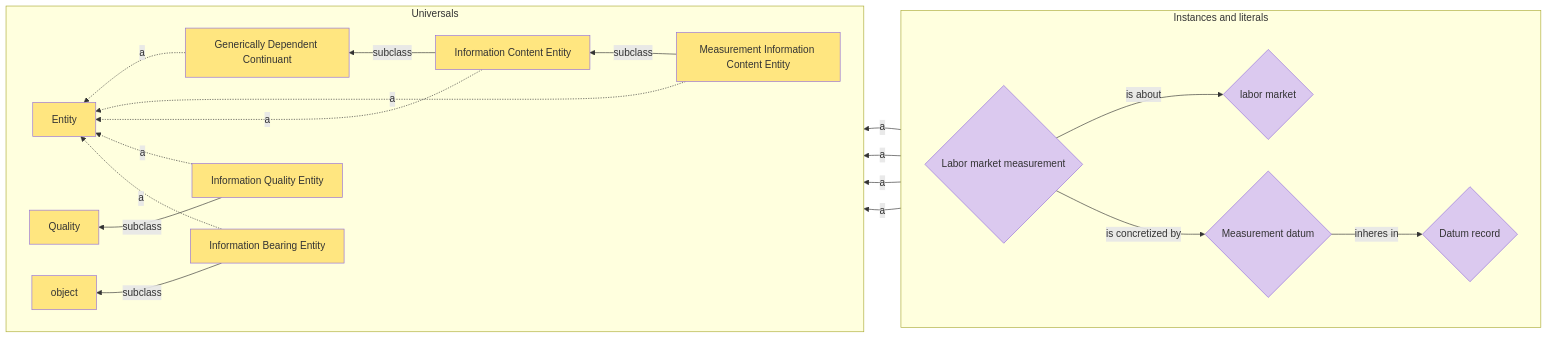
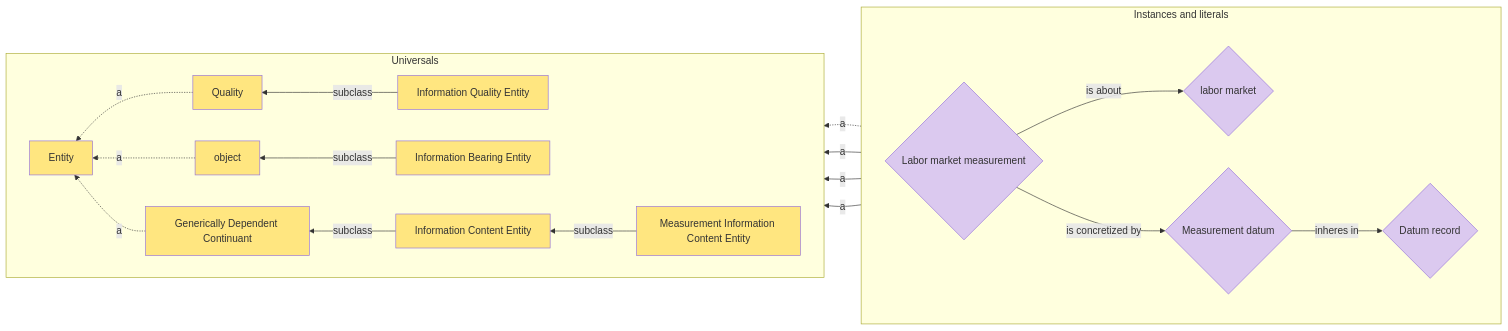
Before and after one commit to spdrnl/BFO-Mermaid: the diagram in labor market measurement.mmd, drawn with Mermaid. The commit also changed other lines of this file, not shown here.

Commit message:
Update labor market measurement.mmd
Correct some inconsistencies.

```diff
--- a/labor market measurement.mmd
+++ b/labor market measurement.mmd
@@ -1,55 +1,53 @@
 graph RL
 
 %% Definitions
 classDef universal fill:#ffe680
 classDef instance fill:#dbc9ef
 classDef literal fill:#ffffff
 
 %% Universals
 ENTITY[Entity]:::universal
 GDC[Generically Dependent Continuant]:::universal
 ICE[Information Content Entity]:::universal
 MICE[Measurement Information Content Entity]:::universal
 Q[Quality]:::universal
 IQE[Information Quality Entity]:::universal
 Object[object]:::universal
 IBE[Information Bearing Entity]:::universal
 
 %% Instances
 lm{labor market}:::instance
 ice1{Labor market measurement}:::instance
 iqe1{Measurement datum}:::instance
 ibe1{Datum record}:::instance
 
 %% Literals
 
 %% Relationships
 
 subgraph Universals
 direction RL
 	%% rdf:subclass
+	Q .-> |a| ENTITY
+	Object .-> |a| ENTITY
 	GDC .-> |a| ENTITY
-	MICE .-> |a| ENTITY
-	ICE .-> |a| ENTITY
-	IQE .-> |a| ENTITY
-	IBE .-> |a| ENTITY
 	
 	MICE --> |subclass| ICE
 	ICE --> |subclass| GDC
 	IQE --> |subclass| Q
 	IBE --> |subclass| Object
 end
 
 subgraph Instances and literals
 direction LR
     %% rdf:type
-    lm --> |a| ENTITY
+    lm .-> |a| ENTITY
 	ice1 --> |a| MICE
 	iqe1 --> |a| IQE
 	ibe1 --> |a| IBE
 	
 	%% Other
 	ice1 --> |is about| lm
 	ice1 --> |is concretized by| iqe1
 	iqe1 --> |inheres in| ibe1
-end	   
+end	 
```
